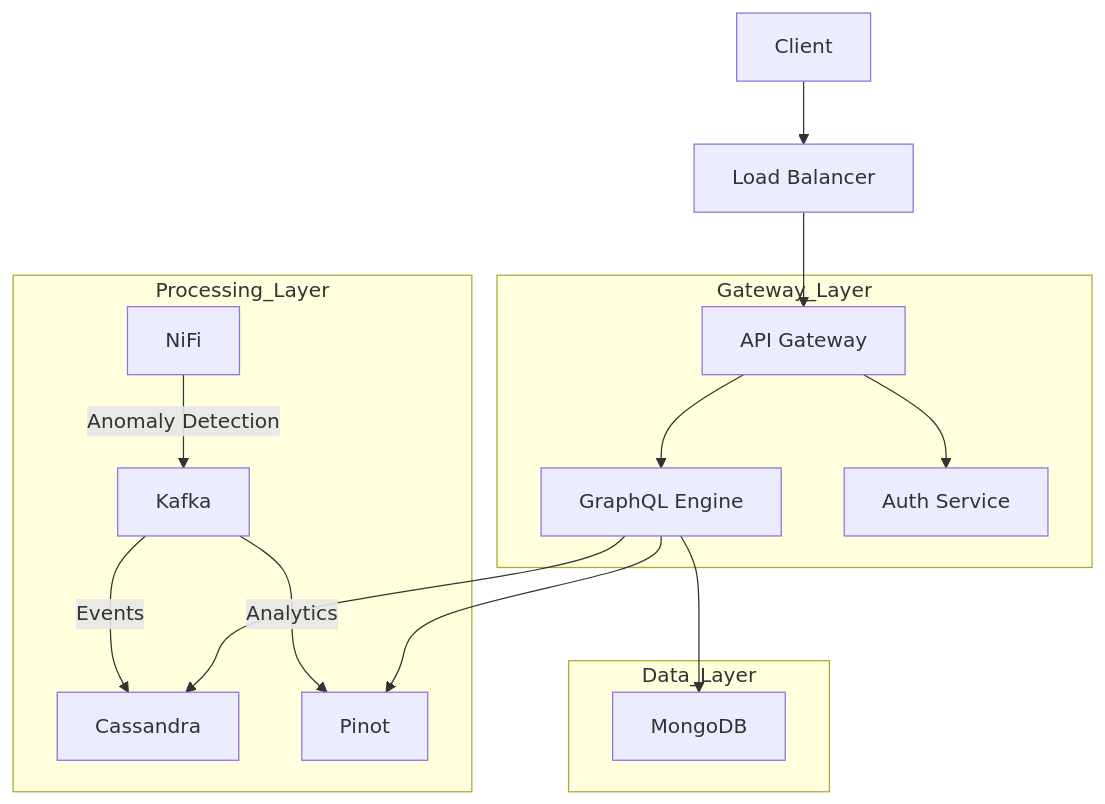
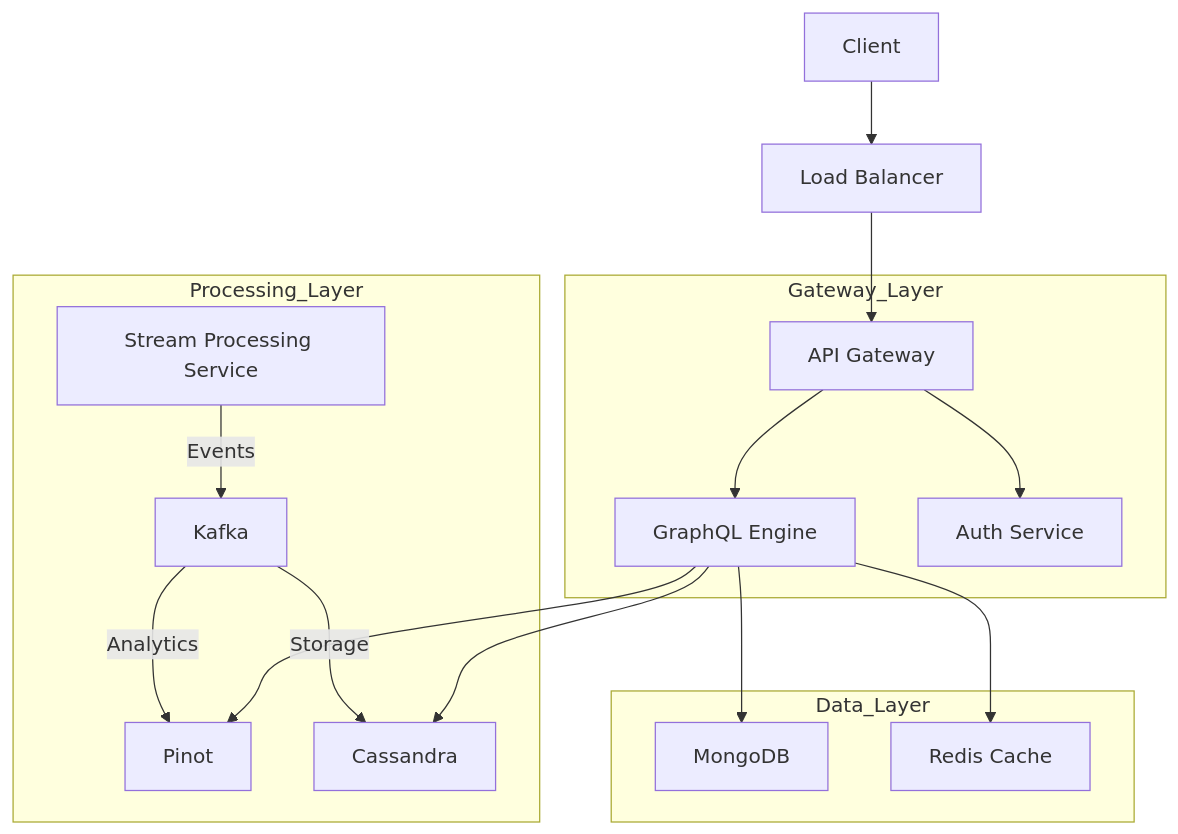
The first of 2 diagrams in README.md (flamingo-stack/openframe-oss-tenant), drawn with Mermaid before and after one commit. The commit also changed other lines of this file, not shown here.

````diff
--- a/README.md
+++ b/README.md
@@ -48,22 +48,23 @@
 ```mermaid
 flowchart TB
     Client --> LB[Load Balancer]
     LB --> Gateway[API Gateway]
 
     subgraph Gateway_Layer
         Gateway --> GraphQL[GraphQL Engine]
         Gateway --> Auth[Auth Service]
     end
 
     subgraph Processing_Layer
-        NiFi --> |Anomaly Detection|Kafka
-        Kafka --> |Events|CS[Cassandra]
+        Stream[Stream Processing Service] --> |Events|Kafka
         Kafka --> |Analytics|PT[Pinot]
+        Kafka --> |Storage|CS[Cassandra]
     end
 
     subgraph Data_Layer
         GraphQL --> MongoDB
         GraphQL --> CS
         GraphQL --> PT
+        GraphQL --> Redis[Redis Cache]
     end
 ```
````
